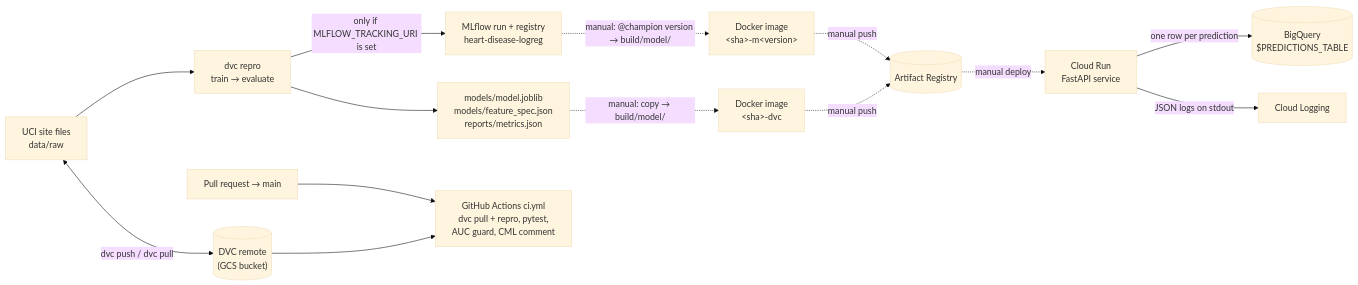
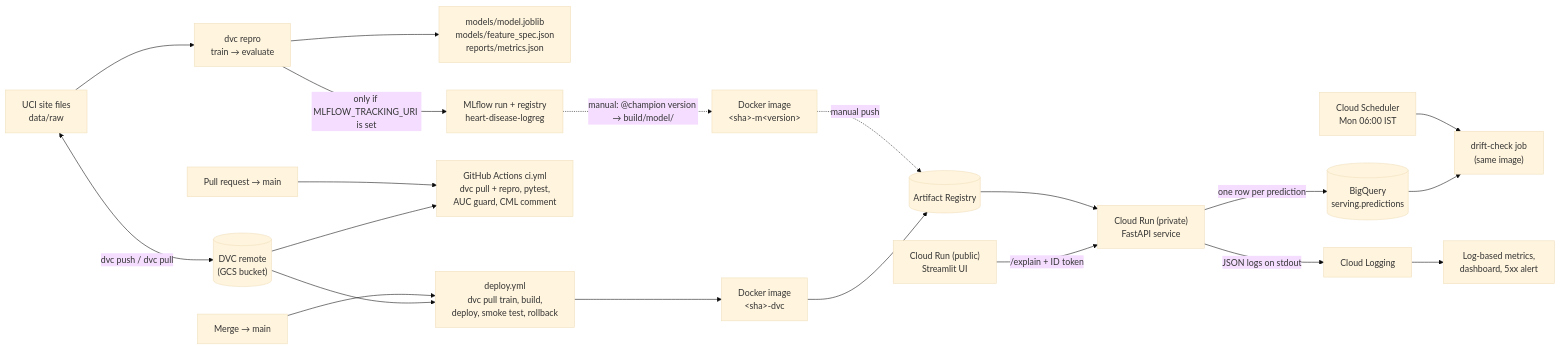
Before and after one commit to MAHArishbah/heart-disease: the second of 2 diagrams in README.md, drawn with Mermaid (base theme). The commit also changed other lines of this file and 19 other files, not shown here.

First line of the commit message:
feat: explanations, UI deploy, client tagging, per-sex evaluation, docs

````diff
--- a/README.md
+++ b/README.md
@@ -122,16 +137,22 @@
 ```mermaid
 flowchart LR
     raw["UCI site files<br/>data/raw"] <-->|"dvc push / dvc pull"| remote[("DVC remote<br/>(GCS bucket)")]
     raw --> repro["dvc repro<br/>train → evaluate"]
     repro --> outs["models/model.joblib<br/>models/feature_spec.json<br/>reports/metrics.json"]
     repro -->|"only if MLFLOW_TRACKING_URI is set"| mlflow["MLflow run + registry<br/>heart-disease-logreg"]
     pr["Pull request → main"] --> ci["GitHub Actions ci.yml<br/>dvc pull + repro, pytest,<br/>AUC guard, CML comment"]
     remote --> ci
     mlflow -. "manual: @champion version → build/model/" .-> image["Docker image<br/>#lt;sha#gt;-m#lt;version#gt;"]
-    outs -. "manual: copy → build/model/" .-> image2["Docker image<br/>#lt;sha#gt;-dvc"]
+    merge["Merge → main"] --> deploy["deploy.yml<br/>dvc pull train, build,<br/>deploy, smoke test, rollback"]
+    remote --> deploy
+    deploy --> image2["Docker image<br/>#lt;sha#gt;-dvc"]
     image -. "manual push" .-> ar[("Artifact Registry")]
-    image2 -. "manual push" .-> ar
-    ar -. "manual deploy" .-> run["Cloud Run<br/>FastAPI service"]
-    run -->|"one row per prediction"| bq[("BigQuery<br/>$PREDICTIONS_TABLE")]
+    image2 --> ar
+    ar --> run["Cloud Run (private)<br/>FastAPI service"]
+    ui["Cloud Run (public)<br/>Streamlit UI"] -->|"/explain + ID token"| run
+    run -->|"one row per prediction"| bq[("BigQuery<br/>serving.predictions")]
     run -->|"JSON logs on stdout"| logs["Cloud Logging"]
+    logs --> mon["Log-based metrics,<br/>dashboard, 5xx alert"]
+    sched["Cloud Scheduler<br/>Mon 06:00 IST"] --> drift["drift-check job<br/>(same image)"]
+    bq --> drift
 ```
````
